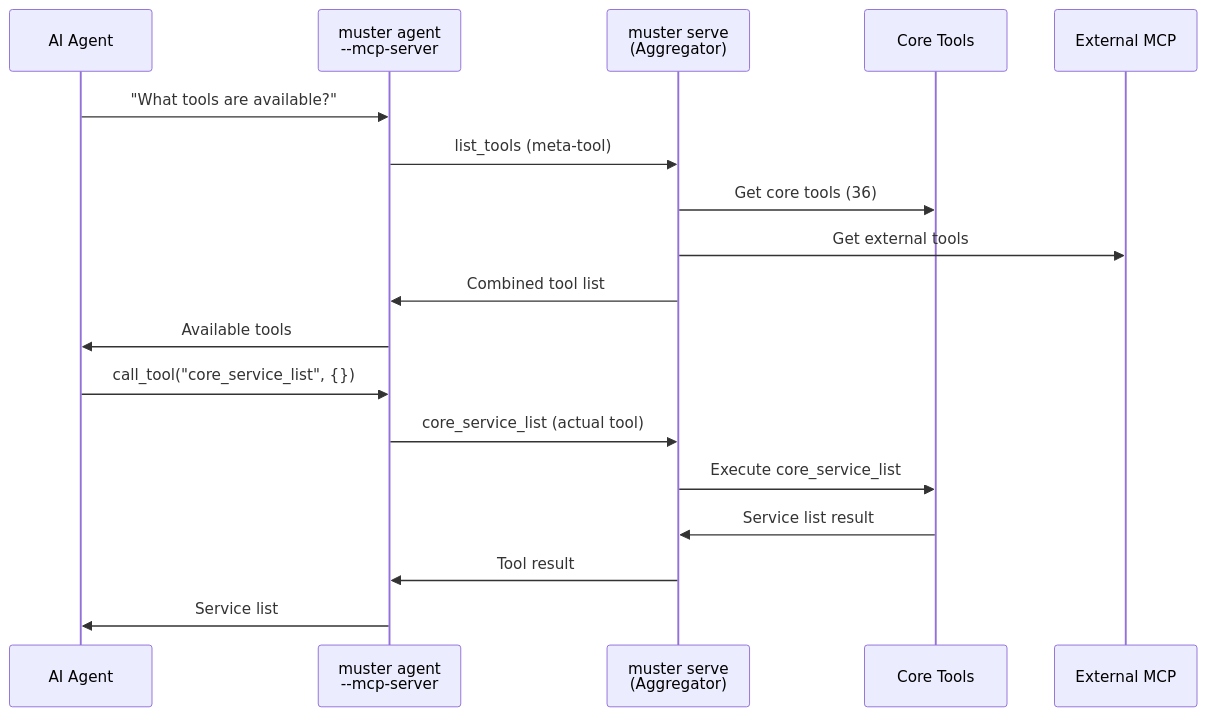
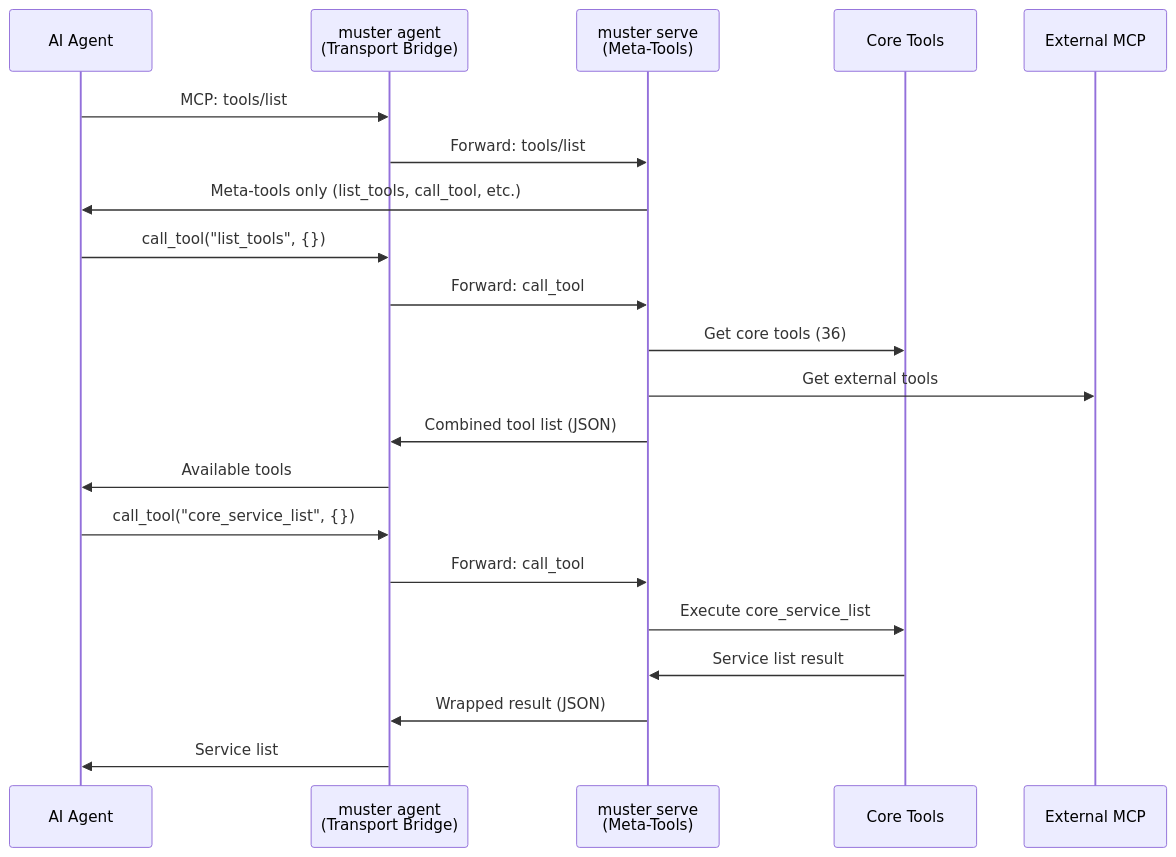
The second of 5 diagrams in docs/explanation/architecture.md (giantswarm/muster), drawn with Mermaid before and after one commit. The commit also changed other lines of this file and 18 other files, not shown here.

First line of the commit message:
Docs: Server-Side Meta-Tools Documentation (#352)

````diff
--- a/docs/explanation/architecture.md
+++ b/docs/explanation/architecture.md
@@ -108,22 +114,26 @@
 ```mermaid
 sequenceDiagram
     participant AI as AI Agent
-    participant Agent as muster agent<br/>--mcp-server
-    participant Agg as muster serve<br/>(Aggregator)
+    participant Agent as muster agent<br/>(Transport Bridge)
+    participant Server as muster serve<br/>(Meta-Tools)
     participant Core as Core Tools
     participant Ext as External MCP
 
-    AI->>Agent: "What tools are available?"
-    Agent->>Agg: list_tools (meta-tool)
-    Agg->>Core: Get core tools (36)
-    Agg->>Ext: Get external tools
-    Agg->>Agent: Combined tool list
+    AI->>Agent: MCP: tools/list
+    Agent->>Server: Forward: tools/list
+    Server->>AI: Meta-tools only (list_tools, call_tool, etc.)
+
+    AI->>Agent: call_tool("list_tools", {})
+    Agent->>Server: Forward: call_tool
+    Server->>Core: Get core tools (36)
+    Server->>Ext: Get external tools
+    Server->>Agent: Combined tool list (JSON)
     Agent->>AI: Available tools
 
     AI->>Agent: call_tool("core_service_list", {})
-    Agent->>Agg: core_service_list (actual tool)
-    Agg->>Core: Execute core_service_list
-    Core->>Agg: Service list result
-    Agg->>Agent: Tool result
+    Agent->>Server: Forward: call_tool
+    Server->>Core: Execute core_service_list
+    Core->>Server: Service list result
+    Server->>Agent: Wrapped result (JSON)
     Agent->>AI: Service list
 ```
````
